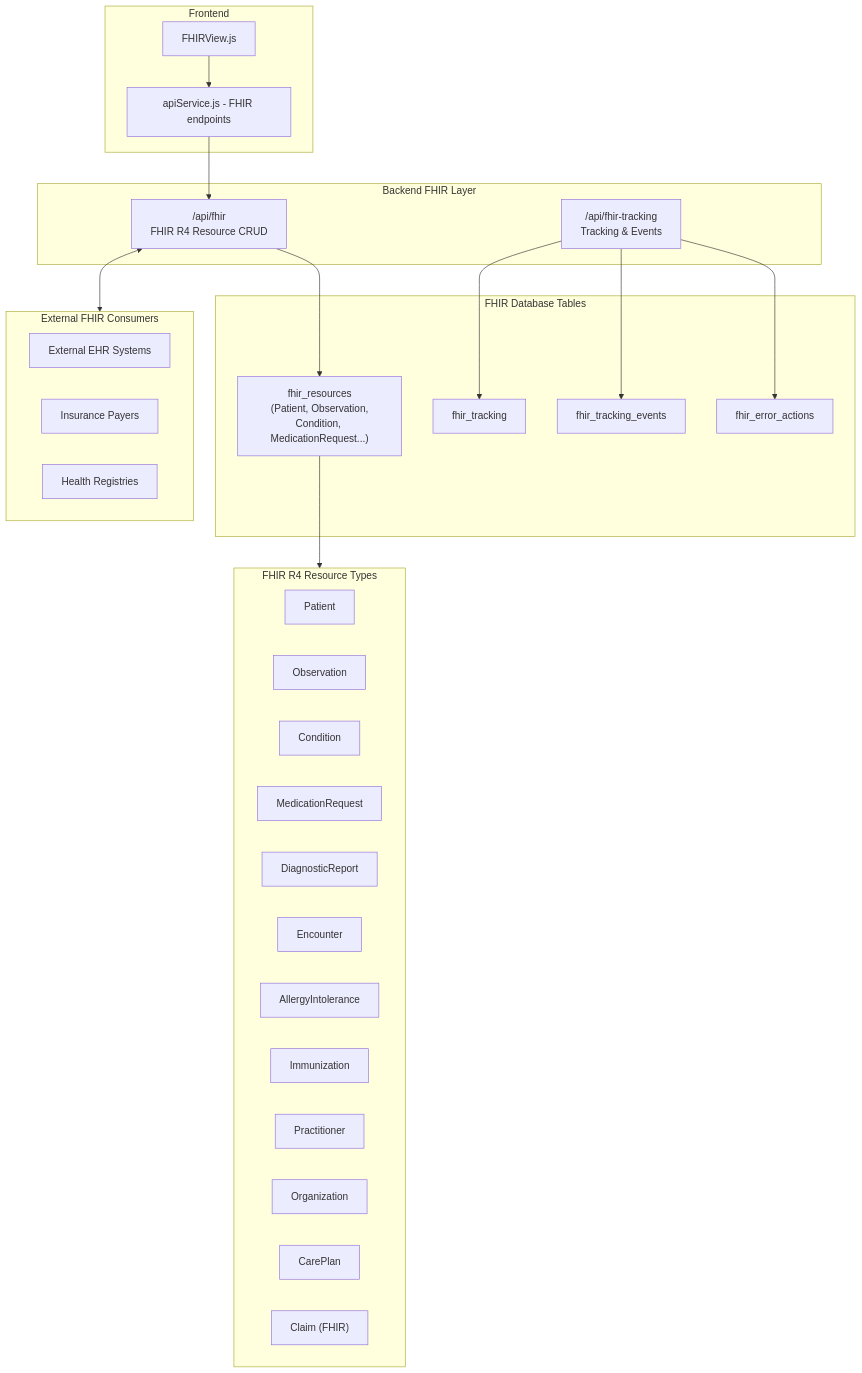
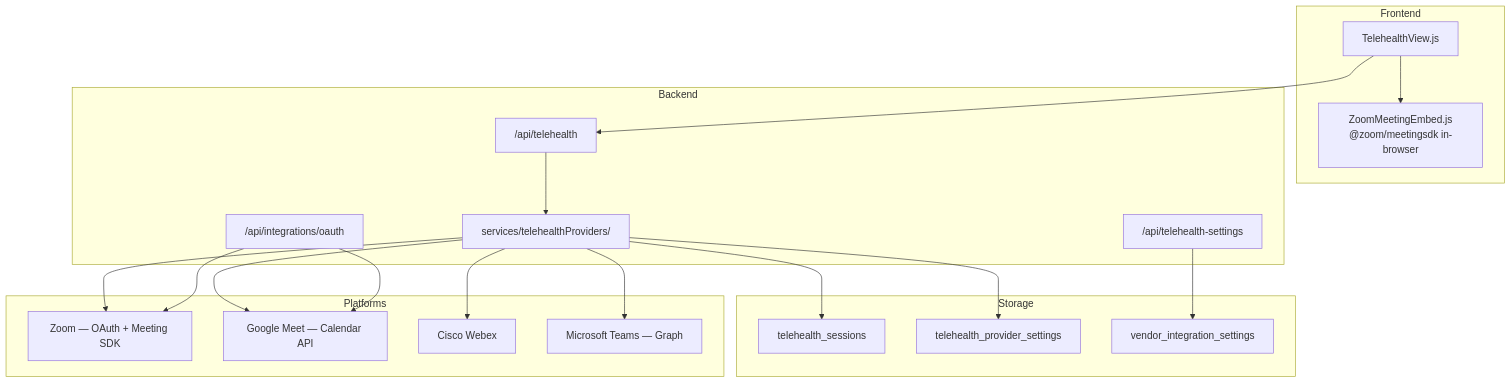
Diagram 14 of 19 in ARCHITECTURE_DIAGRAM.md (rajbizchannels/AureonCare), drawn with Mermaid before and after one commit. The commit also changed other lines of this file, not shown here.

First line of the commit message:
Update the architecture diagram to match the code as it stands

````diff
--- a/ARCHITECTURE_DIAGRAM.md
+++ b/ARCHITECTURE_DIAGRAM.md
@@ -699,49 +623,35 @@
 ```mermaid
 graph TB
-    subgraph FE_FHIR["Frontend"]
-        FHIR_VIEW["FHIRView.js"]
-        FHIR_API_FE["apiService.js - FHIR endpoints"]
+    subgraph FE["Frontend"]
+        TV["TelehealthView.js"]
+        ZE["ZoomMeetingEmbed.js<br/>@zoom/meetingsdk in-browser"]
     end
 
-    subgraph BE_FHIR["Backend FHIR Layer"]
-        FHIR_ROUTE["/api/fhir<br/>FHIR R4 Resource CRUD"]
-        FHIR_TRACK_R["/api/fhir-tracking<br/>Tracking & Events"]
+    subgraph BE["Backend"]
+        TR["/api/telehealth"]
+        TS["/api/telehealth-settings"]
+        OA["/api/integrations/oauth"]
+        TSVC["services/telehealthProviders/"]
     end
 
-    subgraph FHIR_DB["FHIR Database Tables"]
-        FHIR_RES["fhir_resources<br/>(Patient, Observation,<br/>Condition, MedicationRequest...)"]
-        FHIR_TRACK_T["fhir_tracking"]
-        FHIR_EVT["fhir_tracking_events"]
-        FHIR_ERR["fhir_error_actions"]
+    subgraph Providers["Platforms"]
+        Z["Zoom — OAuth + Meeting SDK"]
+        GM["Google Meet — Calendar API"]
+        WX["Cisco Webex"]
+        MT["Microsoft Teams — Graph"]
     end
 
-    subgraph FHIR_RESOURCES["FHIR R4 Resource Types"]
-        R_PATIENT["Patient"]
-        R_OBSERVATION["Observation"]
-        R_CONDITION["Condition"]
-        R_MEDREQ["MedicationRequest"]
-        R_DIAGRPT["DiagnosticReport"]
-        R_ENCOUNTER["Encounter"]
-        R_ALLERGY["AllergyIntolerance"]
-        R_IMMUNIZE["Immunization"]
-        R_PRACTITIONER["Practitioner"]
-        R_ORGANIZATION["Organization"]
-        R_CAREPLAN["CarePlan"]
-        R_CLAIM_FHIR["Claim (FHIR)"]
+    subgraph DB["Storage"]
+        TSESS["telehealth_sessions"]
+        TSET["telehealth_provider_settings"]
+        VSET["vendor_integration_settings"]
     end
 
-    subgraph External_FHIR["External FHIR Consumers"]
-        EHR_EXT["External EHR Systems"]
-        PAYER_EXT["Insurance Payers"]
-        HEALTH_GOV["Health Registries"]
-    end
-
-    FHIR_VIEW --> FHIR_API_FE
-    FHIR_API_FE --> FHIR_ROUTE
-    FHIR_ROUTE --> FHIR_RES
-    FHIR_TRACK_R --> FHIR_TRACK_T
-    FHIR_TRACK_R --> FHIR_EVT
-    FHIR_TRACK_R --> FHIR_ERR
-    FHIR_RES --> FHIR_RESOURCES
-    FHIR_ROUTE <--> External_FHIR
+    TV --> ZE
+    TV --> TR --> TSVC
+    TS --> VSET
+    OA --> Z
+    OA --> GM
+    TSVC --> Z & GM & WX & MT
+    TSVC --> TSESS & TSET
 ```
````
